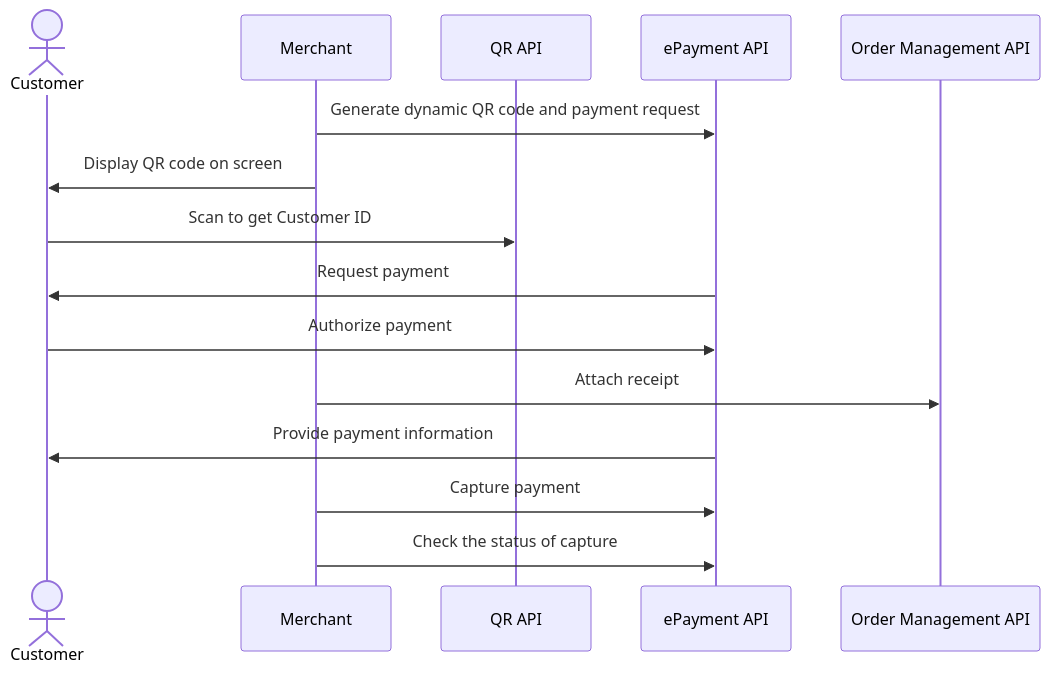
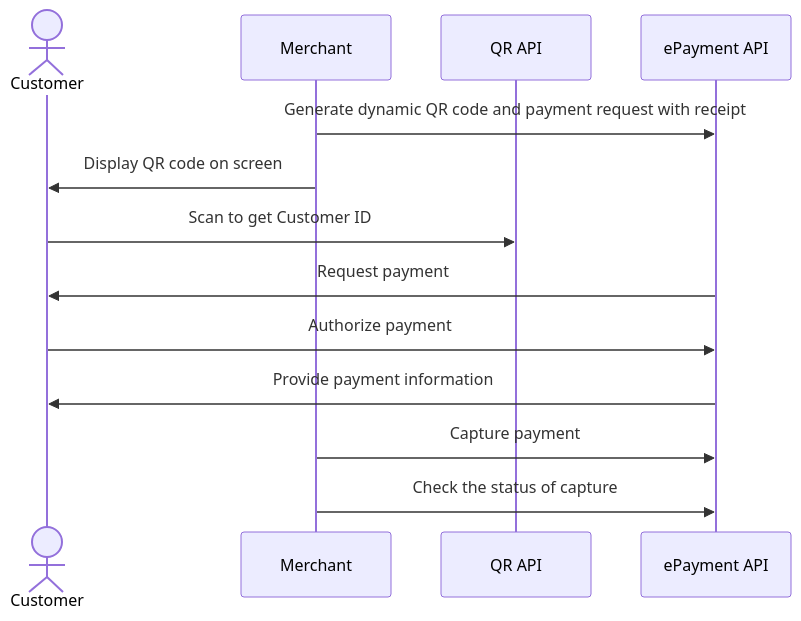
The diagram in vending-machines/one-time-payment.md (vippsas/vipps-solutions), drawn with Mermaid before and after one commit. The commit also changed other lines of this file and 19 other files, not shown here.

Commit message:
Provide unique examples. Add receipt in payment request when possible.

````diff
--- a/vending-machines/one-time-payment.md
+++ b/vending-machines/one-time-payment.md
@@ -60,18 +57,16 @@
 ``` mermaid
 sequenceDiagram
     actor C as Customer
     participant M as Merchant
     participant QR as QR API
     participant ePayment as ePayment API
-    participant ordermanagement as Order Management API
 
-    M->>ePayment: Generate dynamic QR code and payment request
+    M->>ePayment: Generate dynamic QR code and payment request with receipt
     M->>C: Display QR code on screen
     C->>QR: Scan to get Customer ID
     ePayment->>C: Request payment
     C->>ePayment: Authorize payment
-    M->> ordermanagement: Attach receipt
     ePayment->>C: Provide payment information
     M->>ePayment: Capture payment 
     M->>ePayment: Check the status of capture
 ```
````
